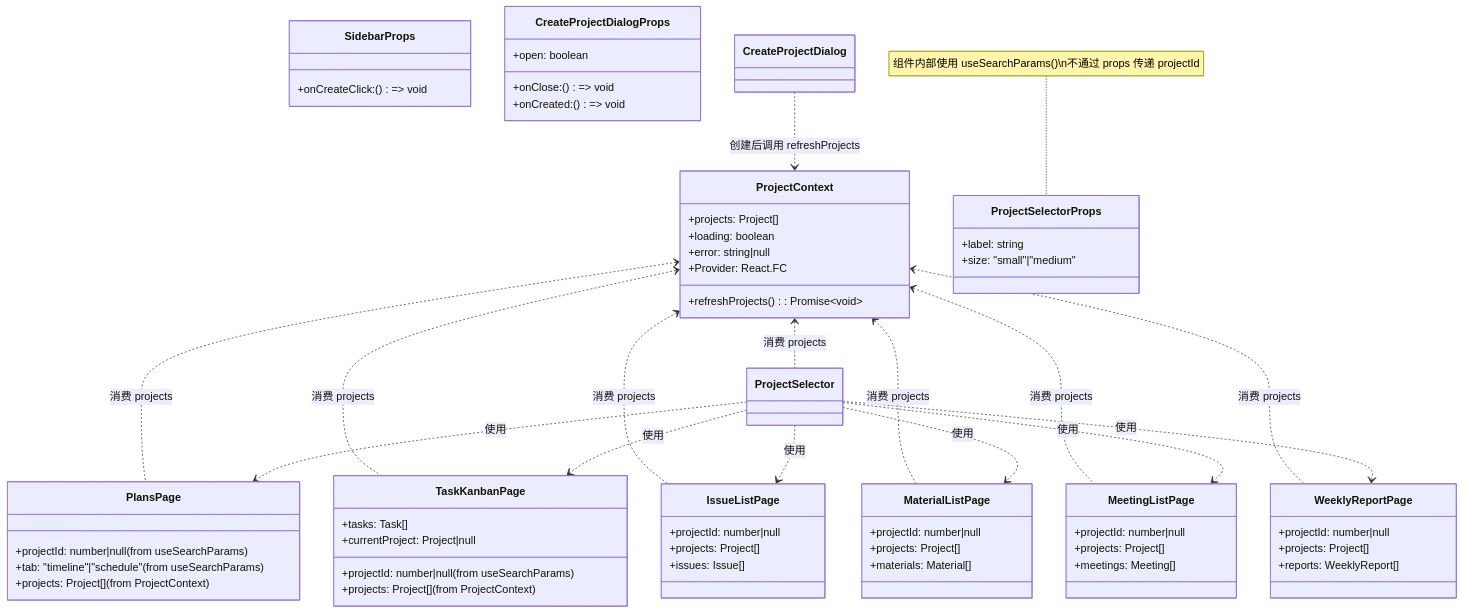
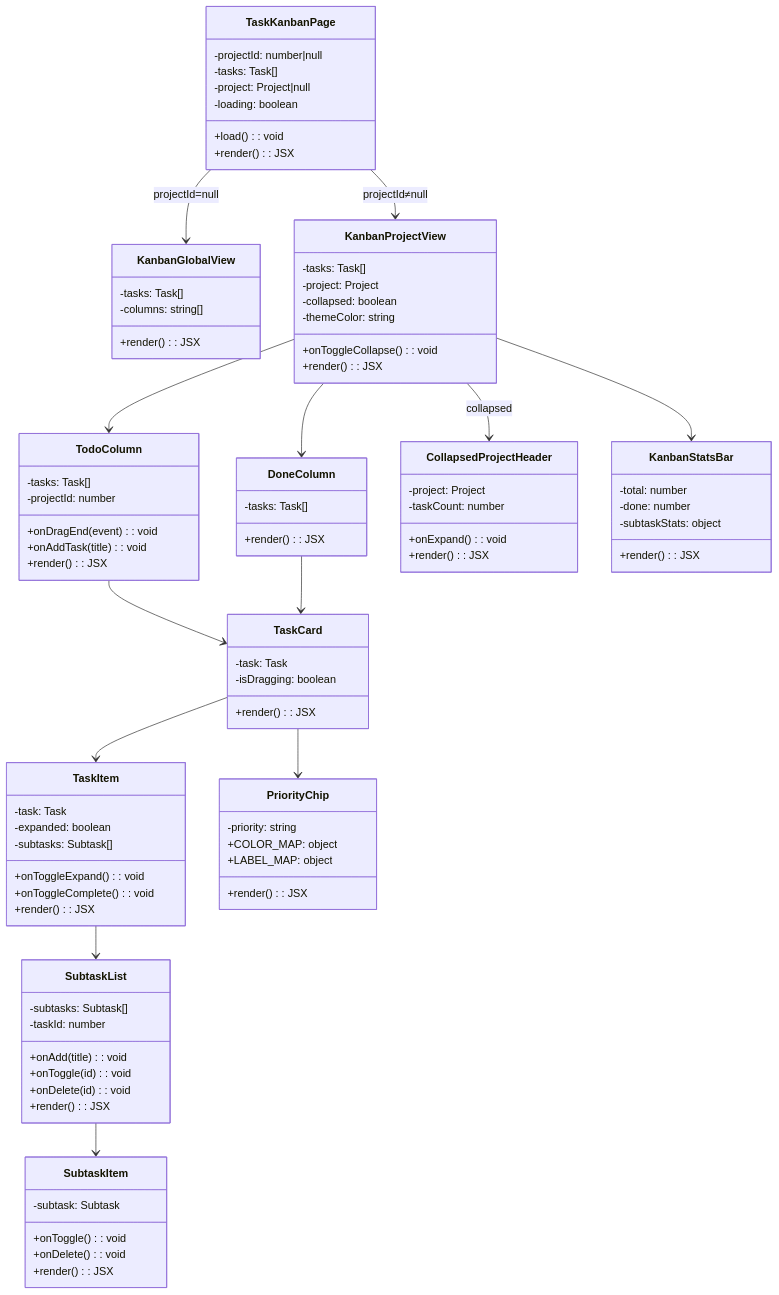
The second of 8 diagrams in docs/system_design.md (SugonChenxu/hpm), drawn with Mermaid before and after one commit. The commit also changed other lines of this file and 24 other files, not shown here.

First line of the commit message:
feat: kanban module full implementation (dual-column + subtasks + drag-drop)

````diff
--- a/docs/system_design.md
+++ b/docs/system_design.md
@@ -96,81 +155,105 @@
 classDiagram
     direction TB
 
-    class ProjectContext {
-        +projects: Project[]
-        +loading: boolean
-        +error: string|null
-        +refreshProjects(): Promise~void~
-        +Provider: React.FC
+    class TaskKanbanPage {
+        -projectId: number|null
+        -tasks: Task[]
+        -project: Project|null
+        -loading: boolean
+        +load(): void
+        +render(): JSX
     }
 
-    class ProjectSelectorProps {
-        +label: string
-        +size: "small"|"medium"
-    }
-    note for ProjectSelectorProps "组件内部使用 useSearchParams()\n不通过 props 传递 projectId"
-
-    class SidebarProps {
-        +onCreateClick: () => void
+    class KanbanGlobalView {
+        -tasks: Task[]
+        -columns: string[]
+        +render(): JSX
     }
 
-    class CreateProjectDialogProps {
-        +open: boolean
-        +onClose: () => void
-        +onCreated: () => void
+    class KanbanProjectView {
+        -tasks: Task[]
+        -project: Project
+        -collapsed: boolean
+        -themeColor: string
+        +onToggleCollapse(): void
+        +render(): JSX
     }
 
-    class PlansPage {
-        +projectId: number|null (from useSearchParams)
-        +tab: "timeline"|"schedule" (from useSearchParams)
-        +projects: Project[] (from ProjectContext)
+    class TodoColumn {
+        -tasks: Task[]
+        -projectId: number
+        +onDragEnd(event): void
+        +onAddTask(title): void
+        +render(): JSX
     }
 
-    class TaskKanbanPage {
-        +projectId: number|null (from useSearchParams)
-        +projects: Project[] (from ProjectContext)
-        +tasks: Task[]
-        +currentProject: Project|null
+    class DoneColumn {
+        -tasks: Task[]
+        +render(): JSX
     }
 
-    class IssueListPage {
-        +projectId: number|null
-        +projects: Project[]
-        +issues: Issue[]
+    class TaskCard {
+        -task: Task
+        -isDragging: boolean
+        +render(): JSX
     }
 
-    class MaterialListPage {
-        +projectId: number|null
-        +projects: Project[]
-        +materials: Material[]
+    class TaskItem {
+        -task: Task
+        -expanded: boolean
+        -subtasks: Subtask[]
+        +onToggleExpand(): void
+        +onToggleComplete(): void
+        +render(): JSX
     }
 
-    class MeetingListPage {
-        +projectId: number|null
-        +projects: Project[]
-        +meetings: Meeting[]
+    class SubtaskList {
+        -subtasks: Subtask[]
+        -taskId: number
+        +onAdd(title): void
+        +onToggle(id): void
+        +onDelete(id): void
+        +render(): JSX
     }
 
-    class WeeklyReportPage {
-        +projectId: number|null
-        +projects: Project[]
-        +reports: WeeklyReport[]
+    class SubtaskItem {
+        -subtask: Subtask
+        +onToggle(): void
+        +onDelete(): void
+        +render(): JSX
     }
 
-    ProjectContext <.. ProjectSelector : 消费 projects
-    ProjectContext <.. PlansPage : 消费 projects
-    ProjectContext <.. TaskKanbanPage : 消费 projects
-    ProjectContext <.. IssueListPage : 消费 projects
-    ProjectContext <.. MaterialListPage : 消费 projects
-    ProjectContext <.. MeetingListPage : 消费 projects
-    ProjectContext <.. WeeklyReportPage : 消费 projects
+    class PriorityChip {
+        -priority: string
+        +COLOR_MAP: object
+        +LABEL_MAP: object
+        +render(): JSX
+    }
 
-    ProjectSelector ..> PlansPage : 使用
-    ProjectSelector ..> TaskKanbanPage : 使用
-    ProjectSelector ..> IssueListPage : 使用
-    ProjectSelector ..> MaterialListPage : 使用
-    ProjectSelector ..> MeetingListPage : 使用
-    ProjectSelector ..> WeeklyReportPage : 使用
+    class CollapsedProjectHeader {
+        -project: Project
+        -taskCount: number
+        +onExpand(): void
+        +render(): JSX
+    }
 
-    CreateProjectDialog ..> ProjectContext : 创建后调用 refreshProjects
+    class KanbanStatsBar {
+        -total: number
+        -done: number
+        -subtaskStats: object
+        +render(): JSX
+    }
+
+    TaskKanbanPage --> KanbanGlobalView : projectId=null
+    TaskKanbanPage --> KanbanProjectView : projectId≠null
+    KanbanProjectView --> TodoColumn
+    KanbanProjectView --> DoneColumn
+    KanbanProjectView --> CollapsedProjectHeader : collapsed
+    KanbanProjectView --> KanbanStatsBar
+    TodoColumn --> TaskCard
+    DoneColumn --> TaskCard
+    TaskCard --> TaskItem
+    TaskCard --> PriorityChip
+    TaskItem --> SubtaskList
+    SubtaskList --> SubtaskItem
 ```
````
